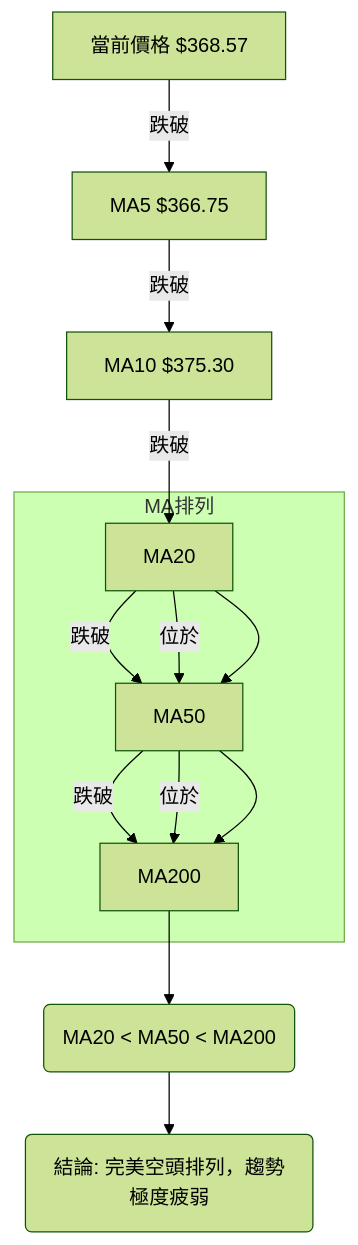
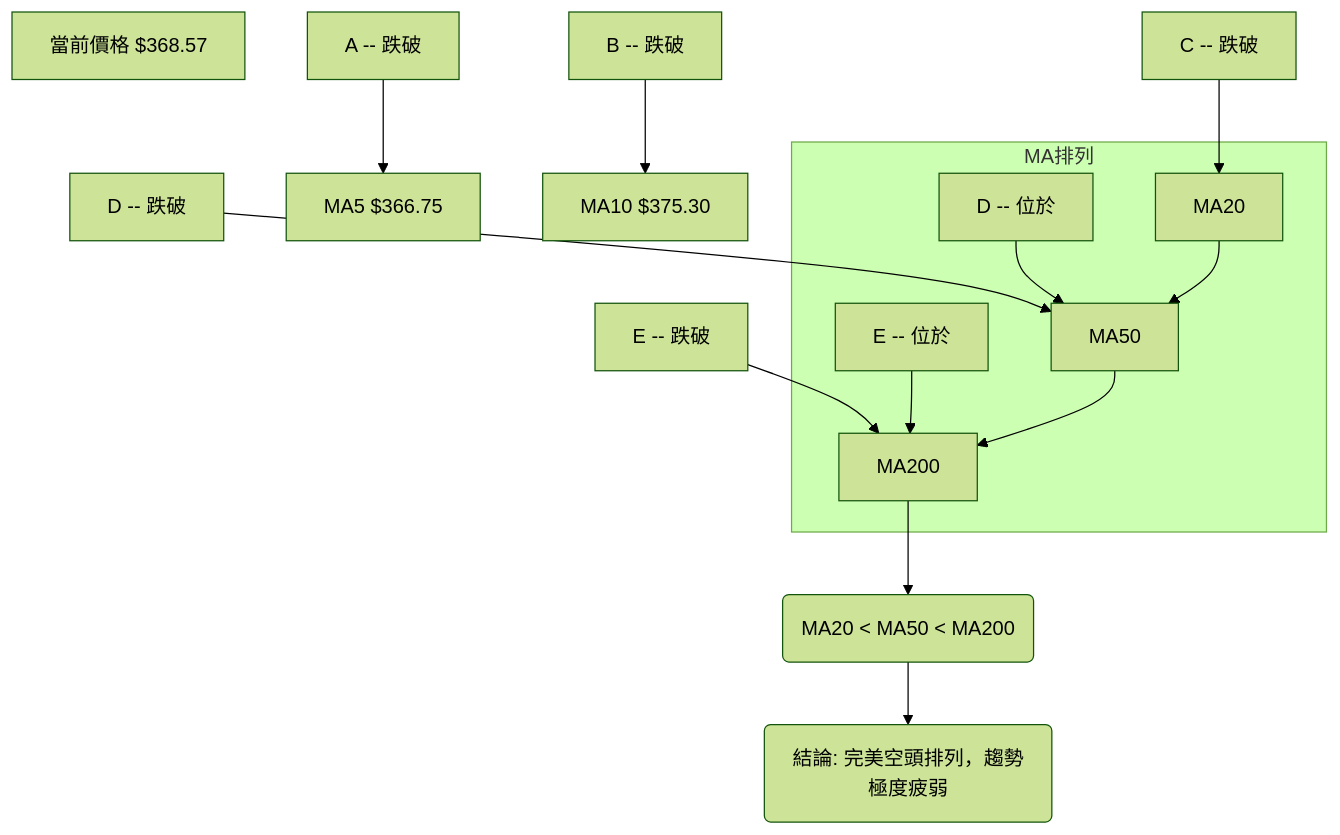
Before and after one commit to yennanliu/finance_data: the seventh of 11 diagrams in ai_gen_report/stock/msft/technical_analysis_2026-06-29_gemini.md, drawn with Mermaid (forest theme). The commit also changed other lines of this file and 2258 other files, not shown here.

First line of the commit message:
chore: backfill Mermaid syntax repair across existing reports

````diff
--- a/ai_gen_report/stock/msft/technical_analysis_2026-06-29_gemini.md
+++ b/ai_gen_report/stock/msft/technical_analysis_2026-06-29_gemini.md
@@ -393,25 +393,25 @@
 ```mermaid
 graph TD
-    A[當前價格 $368.57]
-    B[MA5 $366.75]
-    C[MA10 $375.30]
-    D[MA20 $396.02]
-    E[MA50 $409.51]
-    F[MA200 $445.63]
+    A["當前價格 $368.57"]
+    B["MA5 $366.75"]
+    C["MA10 $375.30"]
+    D["MA20 $396.02"]
+    E["MA50 $409.51"]
+    F["MA200 $445.63"]
 
-    A -- 跌破 --> B
-    B -- 跌破 --> C
-    C -- 跌破 --> D
-    D -- 跌破 --> E
-    E -- 跌破 --> F
+    nb1["A -- 跌破"] --> B
+    nb2["B -- 跌破"] --> C
+    nb3["C -- 跌破"] --> D
+    nb4["D -- 跌破"] --> E
+    nb5["E -- 跌破"] --> F
     
     subgraph MA排列
-        D -- 位於 --> E
-        E -- 位於 --> F
-        D[MA20] --> E[MA50]
-        E[MA50] --> F[MA200]
+        nb6["D -- 位於"] --> E
+        nb7["E -- 位於"] --> F
+        D["MA20"] --> E["MA50"]
+        E["MA50"] --> F["MA200"]
     end
     
-    F --> G(MA20 < MA50 < MA200)
-    G --> H(結論: 完美空頭排列，趨勢極度疲弱)
+    F --> G("MA20 < MA50 < MA200")
+    G --> H("結論: 完美空頭排列，趨勢極度疲弱")
 ```
````
